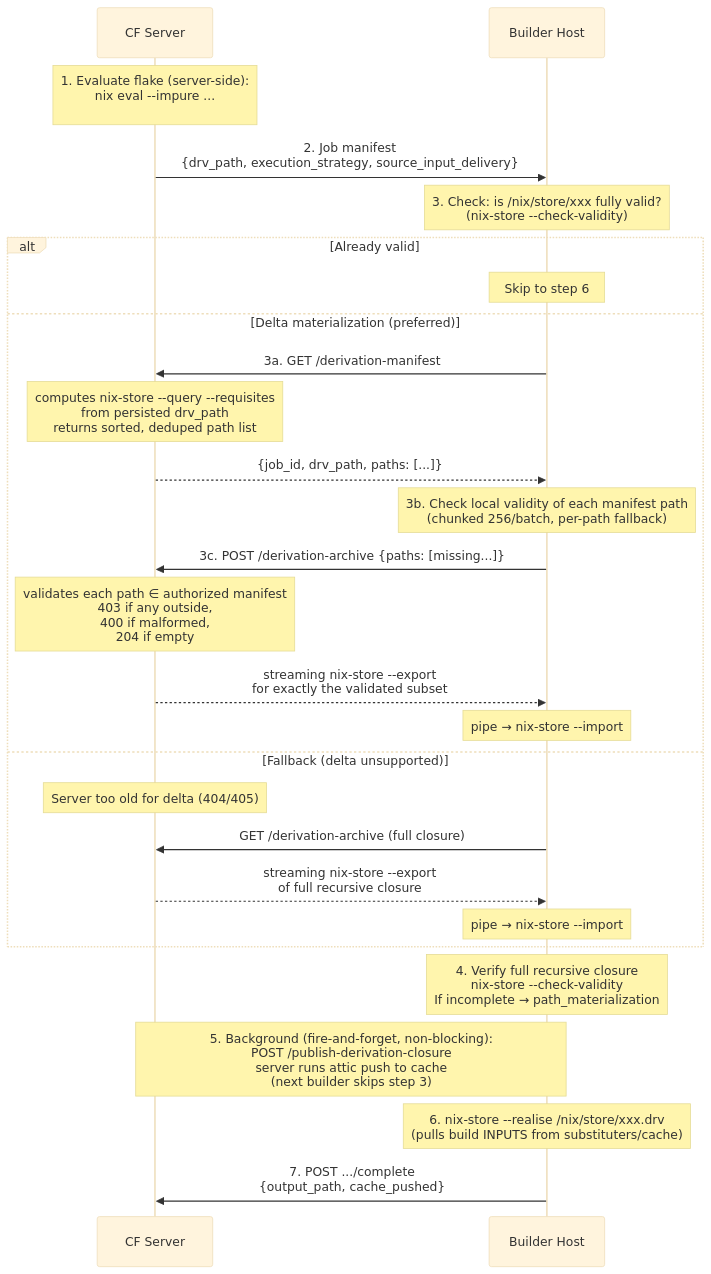
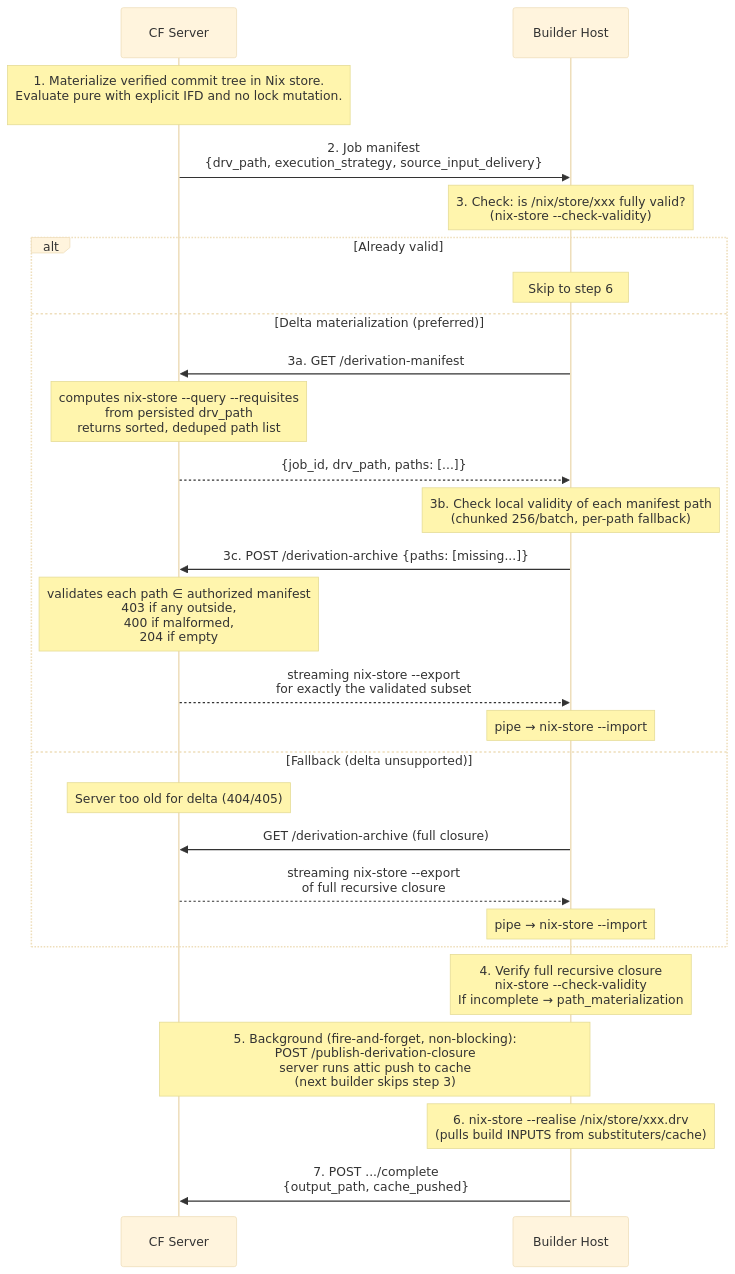
Before and after one commit to usmcamp0811/crystal-forge: the third of 7 diagrams in docs/builder-security-architecture.md, drawn with Mermaid (base theme). The commit also changed other lines of this file and 36 other files, not shown here.

````diff
--- a/docs/builder-security-architecture.md
+++ b/docs/builder-security-architecture.md
@@ -203,39 +206,39 @@
 ```mermaid
 sequenceDiagram
     participant S as CF Server
     participant B as Builder Host
 
-    Note over S: 1. Evaluate flake (server-side):<br/>nix eval --impure ...<br/>#nixosConfigurations.host.system.build.toplevel.drvPath
+    Note over S: 1. Materialize verified commit tree in Nix store.<br/>Evaluate pure with explicit IFD and no lock mutation.<br/>#nixosConfigurations.host.system.build.toplevel.drvPath
 
     S->>B: 2. Job manifest<br/>{drv_path, execution_strategy, source_input_delivery}
 
     Note over B: 3. Check: is /nix/store/xxx fully valid?<br/>(nix-store --check-validity)
 
     alt Already valid
         Note over B: Skip to step 6
     else Delta materialization (preferred)
         B->>S: 3a. GET /derivation-manifest
         Note over S: computes nix-store --query --requisites<br/>from persisted drv_path<br/>returns sorted, deduped path list
         S-->>B: {job_id, drv_path, paths: [...]}
 
         Note over B: 3b. Check local validity of each manifest path<br/>(chunked 256/batch, per-path fallback)
 
         B->>S: 3c. POST /derivation-archive {paths: [missing...]}
         Note over S: validates each path ∈ authorized manifest<br/>403 if any outside,<br/>400 if malformed,<br/>204 if empty
         S-->>B: streaming nix-store --export<br/>for exactly the validated subset
         Note over B: pipe → nix-store --import
     else Fallback (delta unsupported)
         Note over S: Server too old for delta (404/405)
         B->>S: GET /derivation-archive (full closure)
         S-->>B: streaming nix-store --export<br/>of full recursive closure
         Note over B: pipe → nix-store --import
     end
 
     Note over B: 4. Verify full recursive closure<br/>nix-store --check-validity<br/>If incomplete → path_materialization
 
     Note over S,B: 5. Background (fire-and-forget, non-blocking):<br/>POST /publish-derivation-closure<br/>server runs attic push to cache<br/>(next builder skips step 3)
 
     Note over B: 6. nix-store --realise /nix/store/xxx.drv<br/>(pulls build INPUTS from substituters/cache)
 
     B->>S: 7. POST .../complete<br/>{output_path, cache_pushed}
 ```
````
